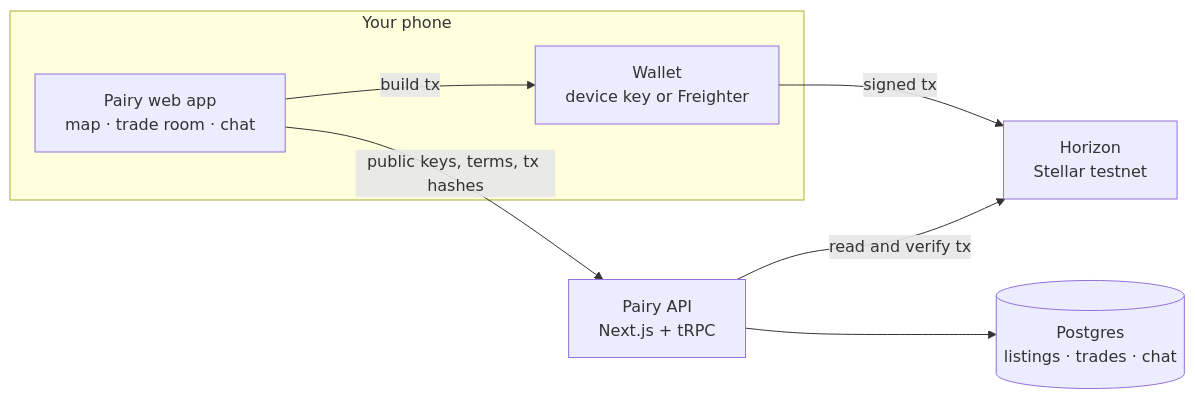
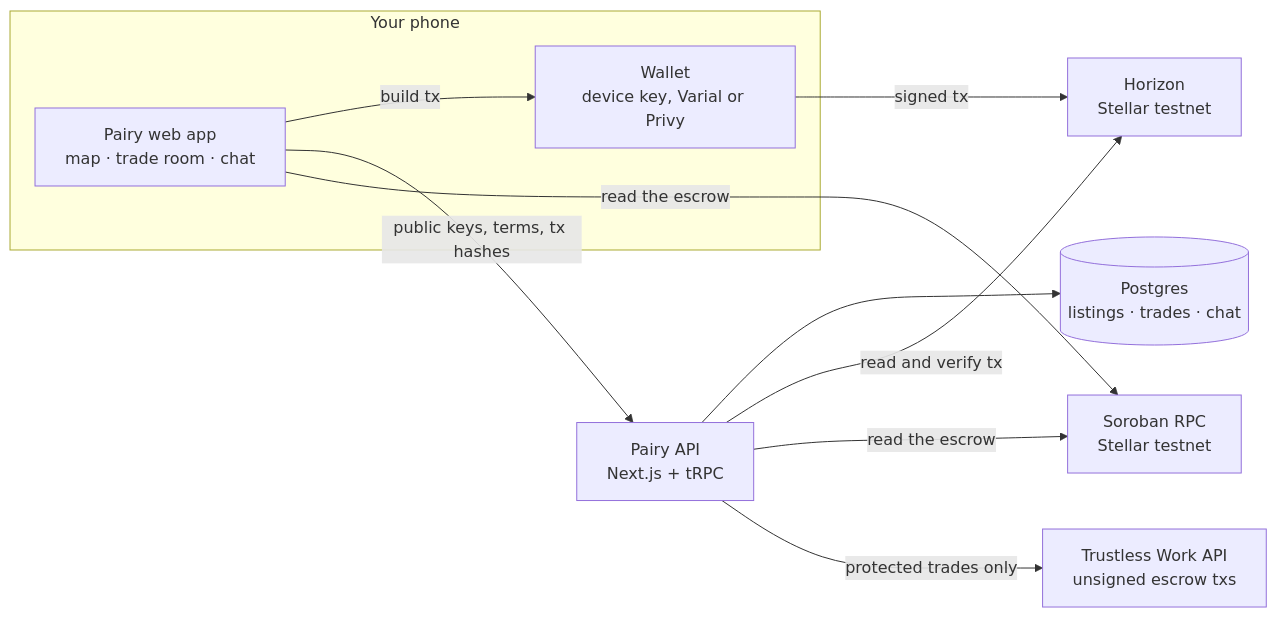
Before and after one commit to omeralpi/pairy: the first of 3 diagrams in README.md, drawn with Mermaid. The commit also changed other lines of this file, not shown here.

````diff
--- a/README.md
+++ b/README.md
@@ -112,16 +140,21 @@
 ```mermaid
 flowchart LR
     subgraph Phone["Your phone"]
         UI["Pairy web app<br/>map · trade room · chat"]
-        W["Wallet<br/>device key or Freighter"]
+        W["Wallet<br/>device key, Varial or Privy"]
     end
     API["Pairy API<br/>Next.js + tRPC"]
     DB[("Postgres<br/>listings · trades · chat")]
     H["Horizon<br/>Stellar testnet"]
+    RPC["Soroban RPC<br/>Stellar testnet"]
+    TW["Trustless Work API<br/>unsigned escrow txs"]
 
     UI -- "build tx" --> W
     W -- "signed tx" --> H
     UI -- "public keys, terms, tx hashes" --> API
+    UI -- "read the escrow" --> RPC
     API --> DB
     API -- "read and verify tx" --> H
+    API -- "read the escrow" --> RPC
+    API -- "protected trades only" --> TW
 ```
````
